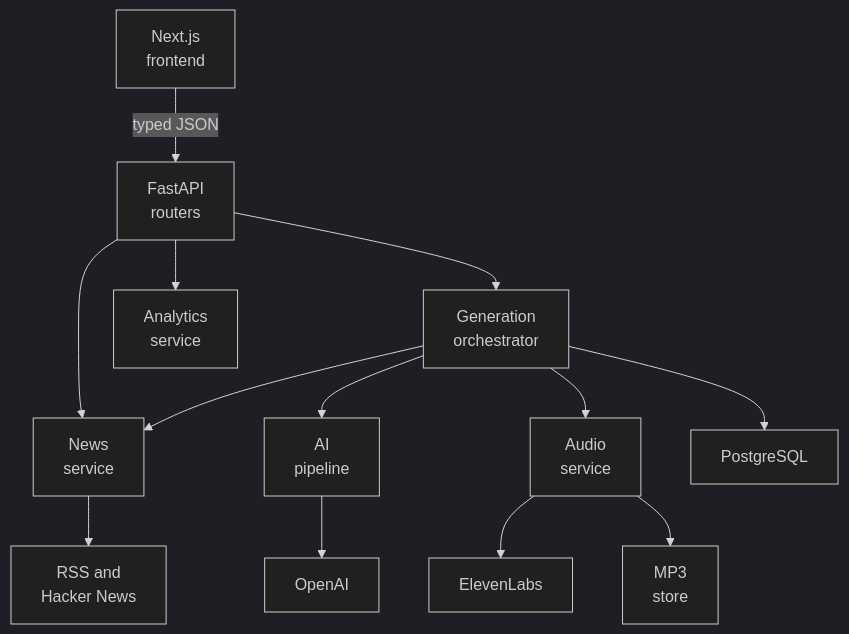
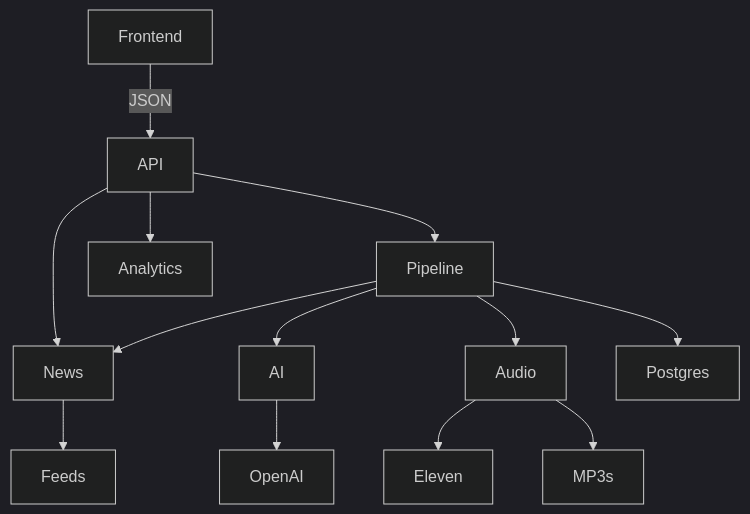
The first of 2 diagrams in solution.md (Miles762/-Hardik-personal-podcast-generator), drawn with Mermaid (dark theme) before and after one commit. The commit also changed other lines of this file and 1 other file, not shown here.

Commit message:
Shorten Mermaid node labels so they render without clipping

````diff
--- a/solution.md
+++ b/solution.md
@@ -31,15 +31,15 @@
 ```mermaid
 flowchart TB
-  FE["Next.js<br/>frontend"] -->|"typed JSON"| API["FastAPI<br/>routers"]
-  API --> NEWS["News<br/>service"]
-  API --> GEN["Generation<br/>orchestrator"]
-  API --> ANALYTICS["Analytics<br/>service"]
+  FE["Frontend"] -->|JSON| API["API"]
+  API --> NEWS["News"]
+  API --> GEN["Pipeline"]
+  API --> ANALYTICS["Analytics"]
   GEN --> NEWS
-  GEN --> AI["AI<br/>pipeline"]
-  GEN --> AUDIO["Audio<br/>service"]
-  NEWS --> Providers["RSS and<br/>Hacker News"]
+  GEN --> AI["AI"]
+  GEN --> AUDIO["Audio"]
+  NEWS --> Providers["Feeds"]
   AI --> OpenAI["OpenAI"]
-  AUDIO --> Eleven["ElevenLabs"]
-  GEN --> DB["PostgreSQL"]
-  AUDIO --> Store["MP3<br/>store"]
+  AUDIO --> Eleven["Eleven"]
+  GEN --> DB["Postgres"]
+  AUDIO --> Store["MP3s"]
 ```
````
